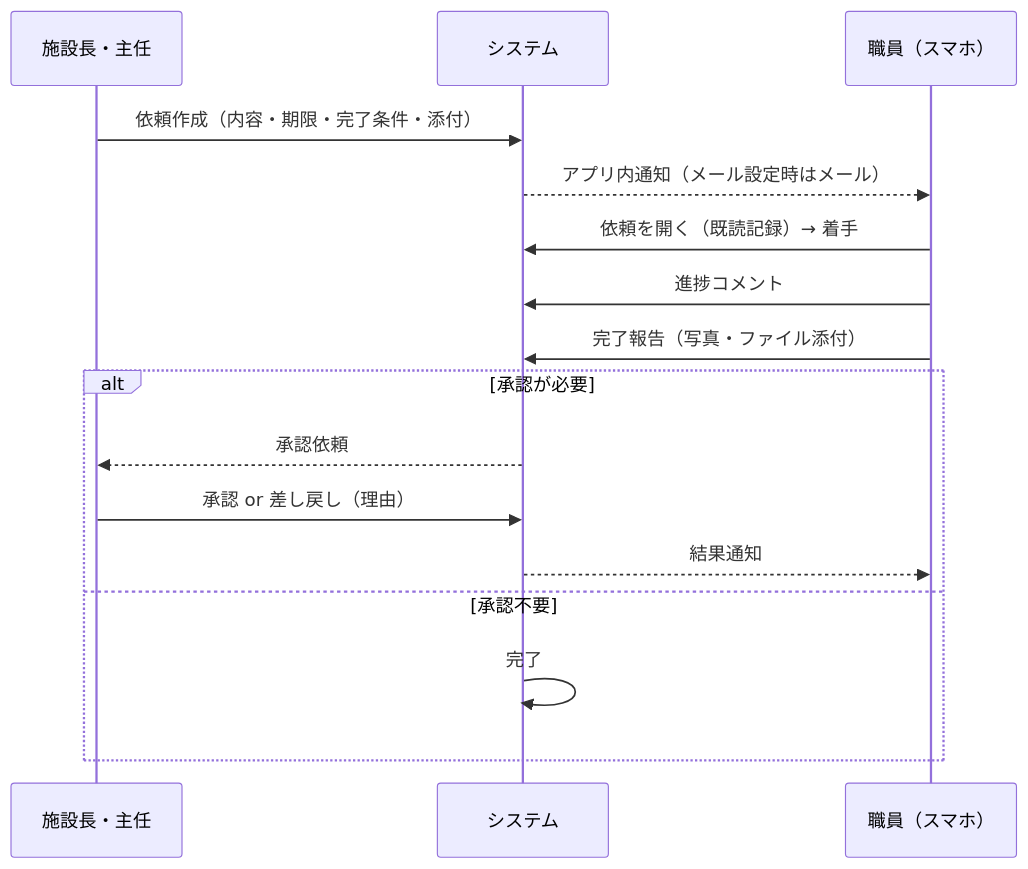
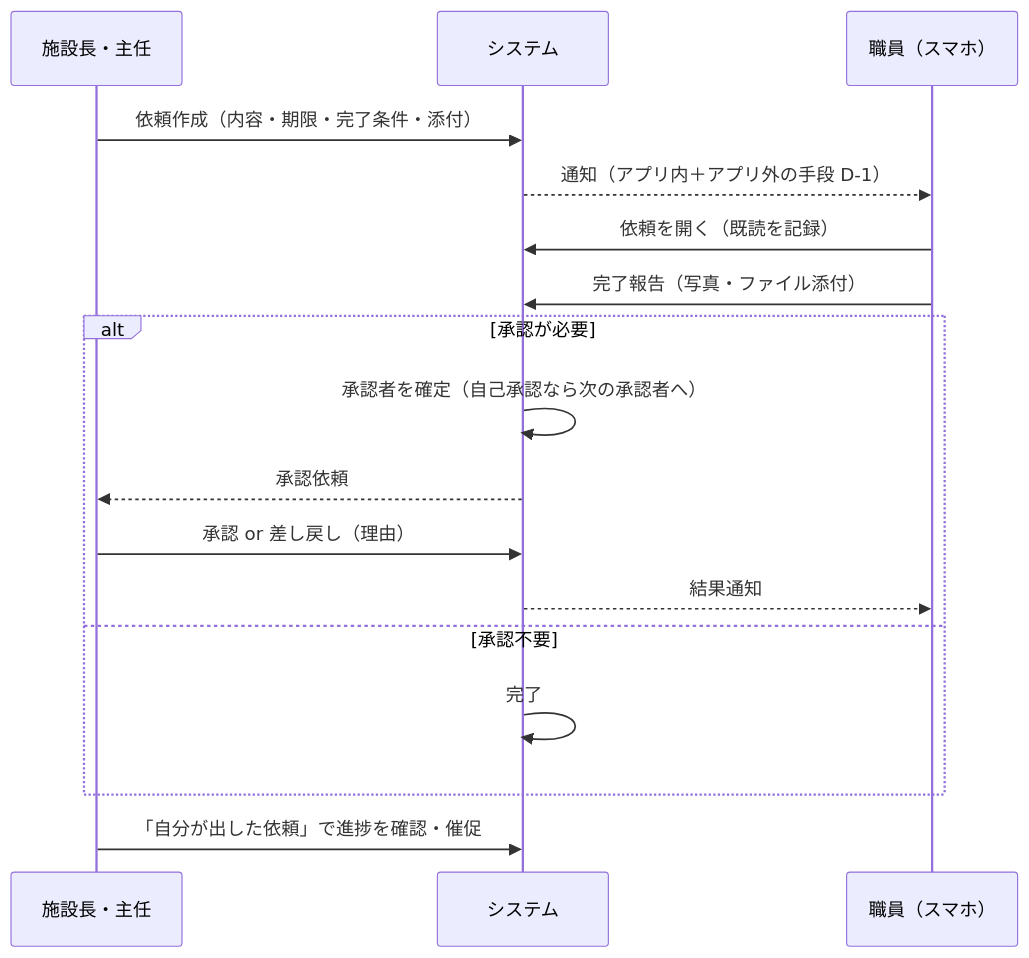
Before and after one commit to mao726/company: the third of 11 diagrams in ai-facility-partner/docs/product/user-flows.md, drawn with Mermaid. The commit also changed other lines of this file and 22 other files, not shown here.

````diff
--- a/ai-facility-partner/docs/product/user-flows.md
+++ b/ai-facility-partner/docs/product/user-flows.md
@@ -34,18 +40,19 @@
 ```mermaid
 sequenceDiagram
   participant D as 施設長・主任
   participant S as システム
   participant St as 職員（スマホ）
   D->>S: 依頼作成（内容・期限・完了条件・添付）
-  S-->>St: アプリ内通知（メール設定時はメール）
-  St->>S: 依頼を開く（既読記録）→ 着手
-  St->>S: 進捗コメント
+  S-->>St: 通知（アプリ内＋アプリ外の手段 D-1）
+  St->>S: 依頼を開く（既読を記録）
   St->>S: 完了報告（写真・ファイル添付）
   alt 承認が必要
+    S->>S: 承認者を確定（自己承認なら次の承認者へ）
     S-->>D: 承認依頼
     D->>S: 承認 or 差し戻し（理由）
     S-->>St: 結果通知
   else 承認不要
     S->>S: 完了
   end
+  D->>S: 「自分が出した依頼」で進捗を確認・催促
 ```
````
